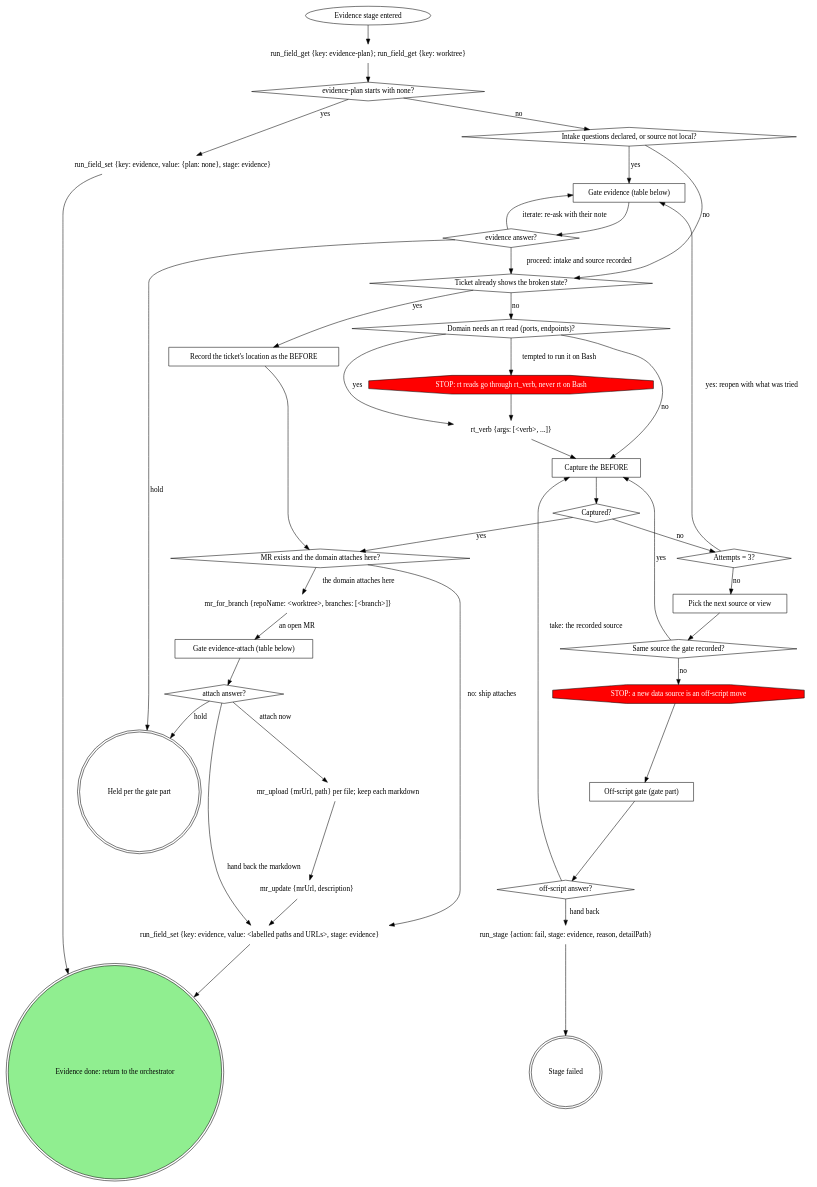
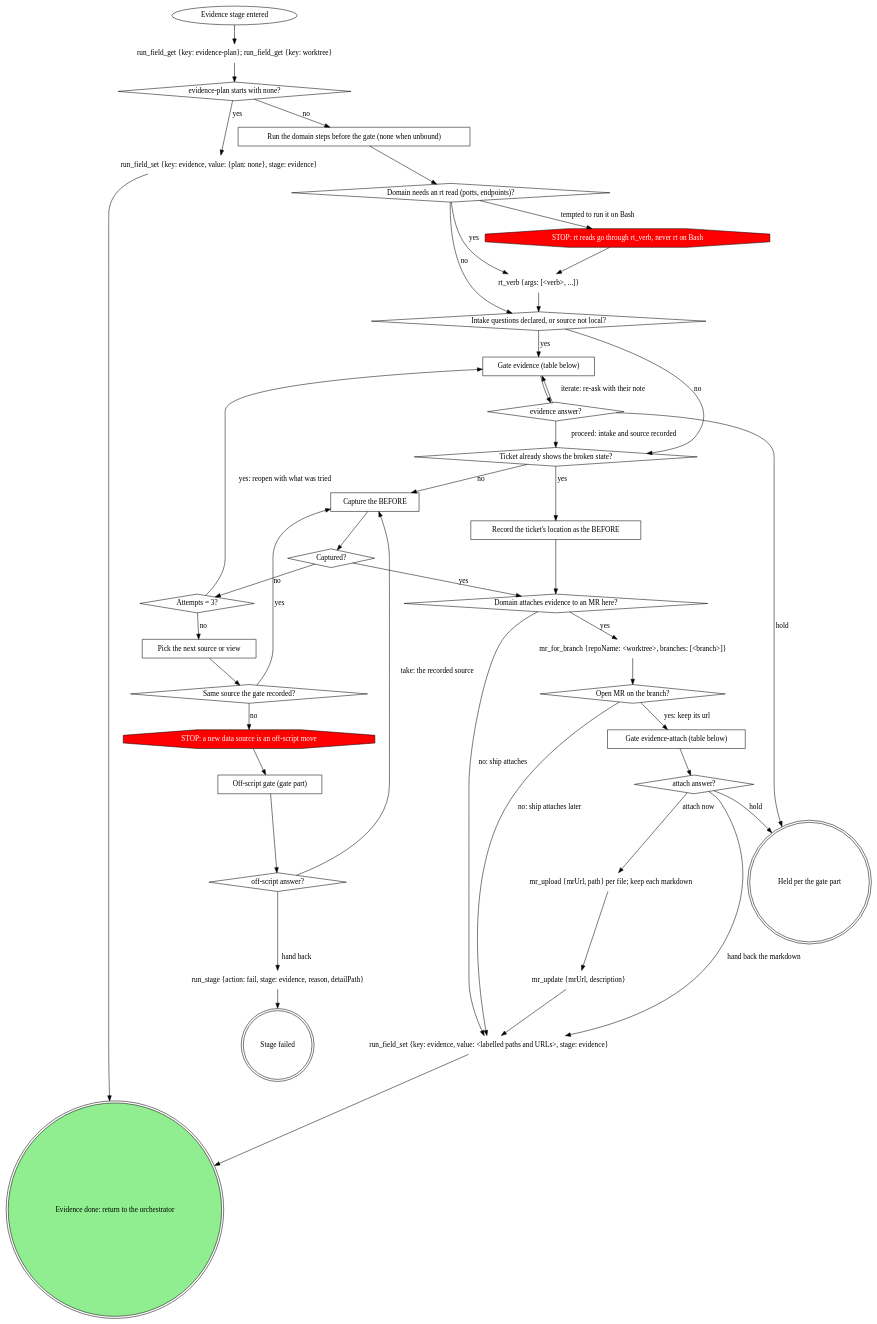
One commit to m4ttstack/skills changed the diagram in attachments/work-next/work-next-evidence/SKILL.md. Above: the diagram before and after it, drawn with Graphviz. The commit also changed other lines of this file, not shown here.

Commit message:
work-next: evidence graph branches on the MR lookup and runs domain steps before the gate

```diff
--- a/attachments/work-next/work-next-evidence/SKILL.md
+++ b/attachments/work-next/work-next-evidence/SKILL.md
@@ -31,14 +31,15 @@
     "run_field_get {key: evidence-plan}; run_field_get {key: worktree}" [shape=plaintext];
     "evidence-plan starts with none?" [shape=diamond];
     "run_field_set {key: evidence, value: {plan: none}, stage: evidence}" [shape=plaintext];
+    "Run the domain steps before the gate (none when unbound)" [shape=box];
+    "Domain needs an rt read (ports, endpoints)?" [shape=diamond];
+    "rt_verb {args: [<verb>, ...]}" [shape=plaintext];
+    "STOP: rt reads go through rt_verb, never rt on Bash" [shape=octagon style=filled fillcolor=red fontcolor=white];
     "Intake questions declared, or source not local?" [shape=diamond];
     "Gate evidence (table below)" [shape=box];
     "evidence answer?" [shape=diamond];
     "Ticket already shows the broken state?" [shape=diamond];
     "Record the ticket's location as the BEFORE" [shape=box];
-    "Domain needs an rt read (ports, endpoints)?" [shape=diamond];
-    "rt_verb {args: [<verb>, ...]}" [shape=plaintext];
-    "STOP: rt reads go through rt_verb, never rt on Bash" [shape=octagon style=filled fillcolor=red fontcolor=white];
     "Capture the BEFORE" [shape=box];
     "Captured?" [shape=diamond];
     "Attempts = 3?" [shape=diamond];
@@ -47,8 +48,9 @@
     "STOP: a new data source is an off-script move" [shape=octagon style=filled fillcolor=red fontcolor=white];
     "Off-script gate (gate part)" [shape=box];
     "off-script answer?" [shape=diamond];
-    "MR exists and the domain attaches here?" [shape=diamond];
+    "Domain attaches evidence to an MR here?" [shape=diamond];
     "mr_for_branch {repoName: <worktree>, branches: [<branch>]}" [shape=plaintext];
+    "Open MR on the branch?" [shape=diamond];
     "Gate evidence-attach (table below)" [shape=box];
     "attach answer?" [shape=diamond];
     "mr_upload {mrUrl, path} per file; keep each markdown" [shape=plaintext];
@@ -62,8 +64,14 @@
     "Evidence stage entered" -> "run_field_get {key: evidence-plan}; run_field_get {key: worktree}";
     "run_field_get {key: evidence-plan}; run_field_get {key: worktree}" -> "evidence-plan starts with none?";
     "evidence-plan starts with none?" -> "run_field_set {key: evidence, value: {plan: none}, stage: evidence}" [label="yes"];
-    "evidence-plan starts with none?" -> "Intake questions declared, or source not local?" [label="no"];
+    "evidence-plan starts with none?" -> "Run the domain steps before the gate (none when unbound)" [label="no"];
     "run_field_set {key: evidence, value: {plan: none}, stage: evidence}" -> "Evidence done: return to the orchestrator";
+    "Run the domain steps before the gate (none when unbound)" -> "Domain needs an rt read (ports, endpoints)?";
+    "Domain needs an rt read (ports, endpoints)?" -> "rt_verb {args: [<verb>, ...]}" [label="yes"];
+    "Domain needs an rt read (ports, endpoints)?" -> "STOP: rt reads go through rt_verb, never rt on Bash" [label="tempted to run it on Bash"];
+    "Domain needs an rt read (ports, endpoints)?" -> "Intake questions declared, or source not local?" [label="no"];
+    "STOP: rt reads go through rt_verb, never rt on Bash" -> "rt_verb {args: [<verb>, ...]}";
+    "rt_verb {args: [<verb>, ...]}" -> "Intake questions declared, or source not local?";
     "Intake questions declared, or source not local?" -> "Gate evidence (table below)" [label="yes"];
     "Intake questions declared, or source not local?" -> "Ticket already shows the broken state?" [label="no"];
     "Gate evidence (table below)" -> "evidence answer?";
@@ -71,15 +79,10 @@
     "evidence answer?" -> "Gate evidence (table below)" [label="iterate: re-ask with their note"];
     "evidence answer?" -> "Held per the gate part" [label="hold"];
     "Ticket already shows the broken state?" -> "Record the ticket's location as the BEFORE" [label="yes"];
-    "Ticket already shows the broken state?" -> "Domain needs an rt read (ports, endpoints)?" [label="no"];
-    "Record the ticket's location as the BEFORE" -> "MR exists and the domain attaches here?";
-    "Domain needs an rt read (ports, endpoints)?" -> "rt_verb {args: [<verb>, ...]}" [label="yes"];
-    "Domain needs an rt read (ports, endpoints)?" -> "STOP: rt reads go through rt_verb, never rt on Bash" [label="tempted to run it on Bash"];
-    "Domain needs an rt read (ports, endpoints)?" -> "Capture the BEFORE" [label="no"];
-    "STOP: rt reads go through rt_verb, never rt on Bash" -> "rt_verb {args: [<verb>, ...]}";
-    "rt_verb {args: [<verb>, ...]}" -> "Capture the BEFORE";
+    "Ticket already shows the broken state?" -> "Capture the BEFORE" [label="no"];
+    "Record the ticket's location as the BEFORE" -> "Domain attaches evidence to an MR here?";
     "Capture the BEFORE" -> "Captured?";
-    "Captured?" -> "MR exists and the domain attaches here?" [label="yes"];
+    "Captured?" -> "Domain attaches evidence to an MR here?" [label="yes"];
     "Captured?" -> "Attempts = 3?" [label="no"];
     "Attempts = 3?" -> "Pick the next source or view" [label="no"];
     "Attempts = 3?" -> "Gate evidence (table below)" [label="yes: reopen with what was tried"];
@@ -90,9 +93,11 @@
     "Off-script gate (gate part)" -> "off-script answer?";
     "off-script answer?" -> "Capture the BEFORE" [label="take: the recorded source"];
     "off-script answer?" -> "run_stage {action: fail, stage: evidence, reason, detailPath}" [label="hand back"];
-    "MR exists and the domain attaches here?" -> "mr_for_branch {repoName: <worktree>, branches: [<branch>]}" [label="the domain attaches here"];
-    "MR exists and the domain attaches here?" -> "run_field_set {key: evidence, value: <labelled paths and URLs>, stage: evidence}" [label="no: ship attaches"];
-    "mr_for_branch {repoName: <worktree>, branches: [<branch>]}" -> "Gate evidence-attach (table below)" [label="an open MR"];
+    "Domain attaches evidence to an MR here?" -> "mr_for_branch {repoName: <worktree>, branches: [<branch>]}" [label="yes"];
+    "Domain attaches evidence to an MR here?" -> "run_field_set {key: evidence, value: <labelled paths and URLs>, stage: evidence}" [label="no: ship attaches"];
+    "mr_for_branch {repoName: <worktree>, branches: [<branch>]}" -> "Open MR on the branch?";
+    "Open MR on the branch?" -> "Gate evidence-attach (table below)" [label="yes: keep its url"];
+    "Open MR on the branch?" -> "run_field_set {key: evidence, value: <labelled paths and URLs>, stage: evidence}" [label="no: ship attaches later"];
     "Gate evidence-attach (table below)" -> "attach answer?";
     "attach answer?" -> "mr_upload {mrUrl, path} per file; keep each markdown" [label="attach now"];
     "attach answer?" -> "run_field_set {key: evidence, value: <labelled paths and URLs>, stage: evidence}" [label="hand back the markdown"];
```
